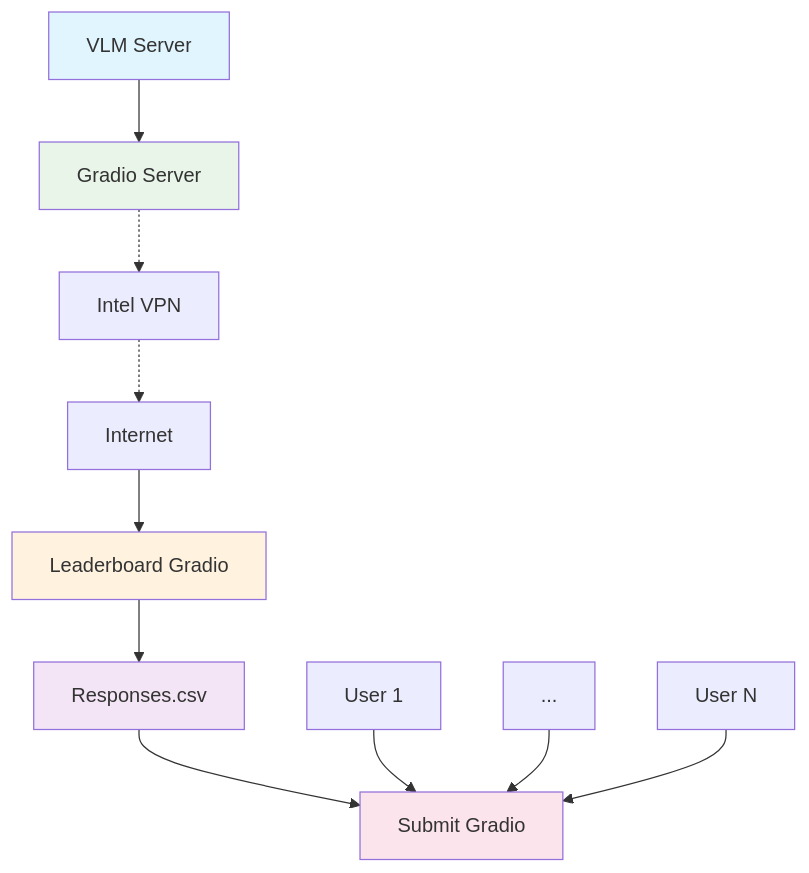
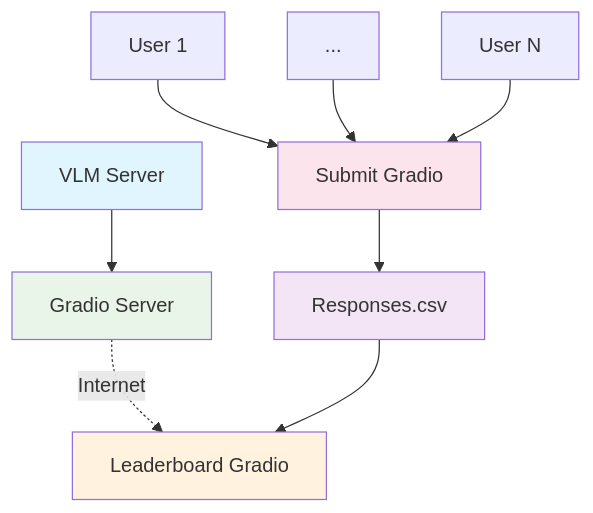
One commit to neuromorphs/lt25-grpo-debate-stolen changed the diagram in demo/INFERENCE_ENGINE.md. Above: the diagram before and after it, drawn with Mermaid.

````diff
--- a/demo/INFERENCE_ENGINE.md
+++ b/demo/INFERENCE_ENGINE.md
@@ -3,21 +3,18 @@
 ```mermaid
 graph TB
     VLM[VLM Server] --> GS[Gradio Server]
 
-    GS -.-> VPN[Intel VPN]
-    VPN -.-> Internet[Internet]
-
-    Internet --> LG[Leaderboard Gradio]
-    LG --> CSV[Responses.csv]
-    CSV --> SG[Submit Gradio]
+    GS -.->|Internet| LG[Leaderboard Gradio]
+    CSV[Responses.csv] --> LG
+    SG[Submit Gradio] --> CSV
 
     U1[User 1] --> SG
     U2[...] --> SG
     UN[User N] --> SG
 
     style VLM fill:#e1f5fe
     style GS fill:#e8f5e8
     style LG fill:#fff3e0
     style SG fill:#fce4ec
     style CSV fill:#f3e5f5
 ```
````
